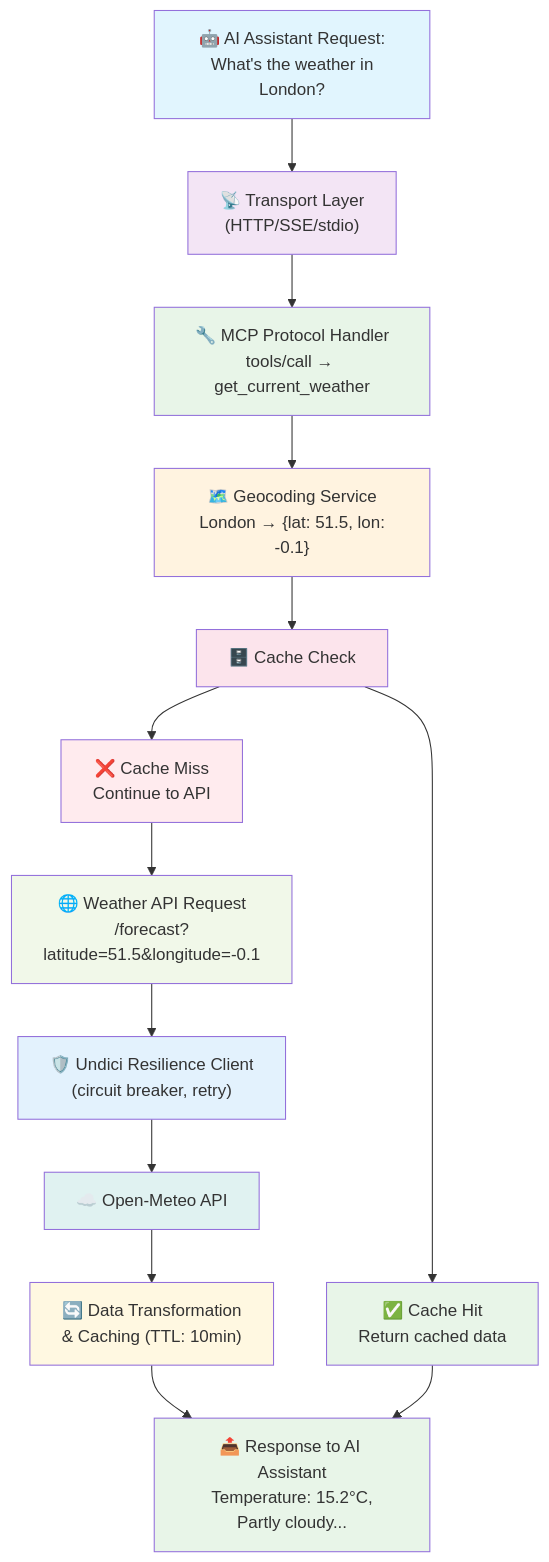
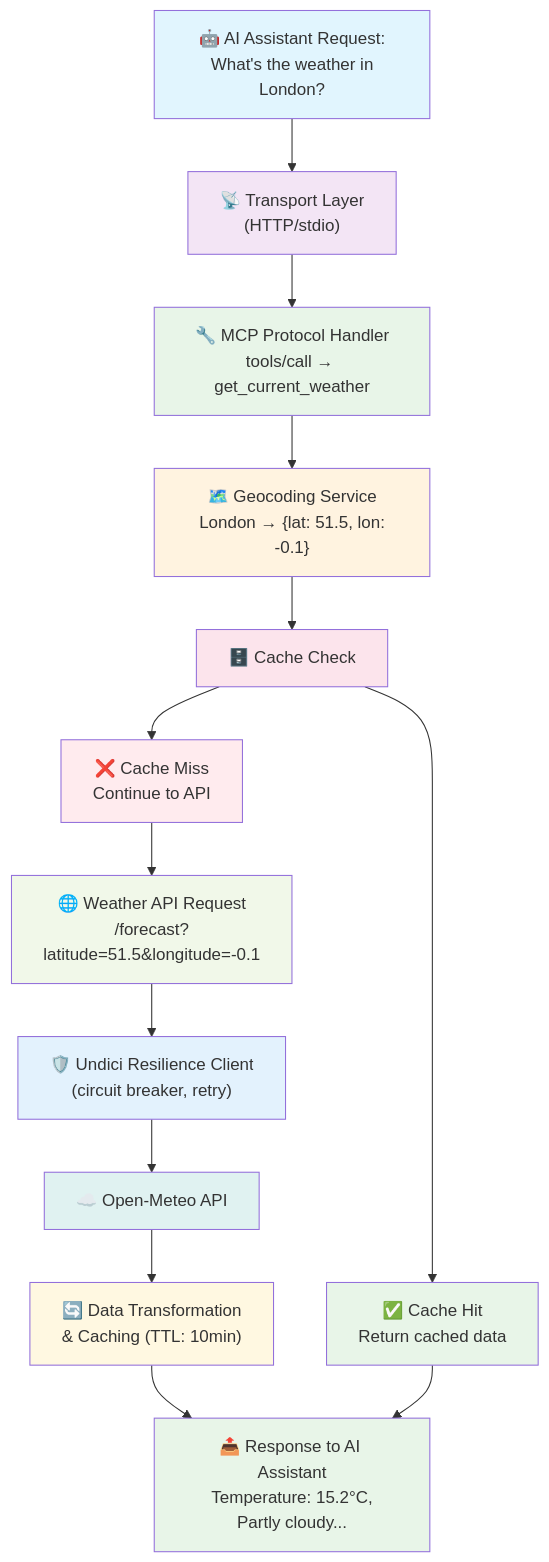
Before and after one commit to kumaran-is/mcp-weather-server: the diagram in docs/PROJECT-OVERVIEW.md, drawn with Mermaid. The commit also changed other lines of this file and 59 other files, not shown here.

First line of the commit message:
Upgraded to Streamable HTTP, removed deprecated SSE (#5)

````diff
--- a/docs/PROJECT-OVERVIEW.md
+++ b/docs/PROJECT-OVERVIEW.md
@@ -169,31 +174,31 @@
 ```mermaid
 flowchart TD
-    A[🤖 AI Assistant Request:<br/> What's the weather in London?] --> B["📡 Transport Layer<br/>(HTTP/SSE/stdio)"]
+    A[🤖 AI Assistant Request:<br/> What's the weather in London?] --> B["📡 Transport Layer<br/>(HTTP/stdio)"]
     B --> C["🔧 MCP Protocol Handler<br/>tools/call → get_current_weather"]
     C --> D["🗺️ Geocoding Service<br/> London → {lat: 51.5, lon: -0.1}"]
     D --> E["🗄️ Cache Check"]
     
     E --> F["✅ Cache Hit<br/>Return cached data"]
     E --> G["❌ Cache Miss<br/>Continue to API"]
     
     G --> H["🌐 Weather API Request<br/>/forecast?latitude=51.5&longitude=-0.1"]
     H --> I["🛡️ Undici Resilience Client<br/>(circuit breaker, retry)"]
     I --> J["☁️ Open-Meteo API"]
     J --> K["🔄 Data Transformation<br/>& Caching (TTL: 10min)"]
     
     K --> L[📤 Response to AI Assistant<br/> Temperature: 15.2°C, Partly cloudy...]
     F --> L
     
     style A fill:#e1f5fe
     style B fill:#f3e5f5
     style C fill:#e8f5e8
     style D fill:#fff3e0
     style E fill:#fce4ec
     style F fill:#e8f5e8
     style G fill:#ffebee
     style H fill:#f1f8e9
     style I fill:#e3f2fd
     style J fill:#e0f2f1
     style K fill:#fff8e1
     style L fill:#e8f5e8
 ```
````
